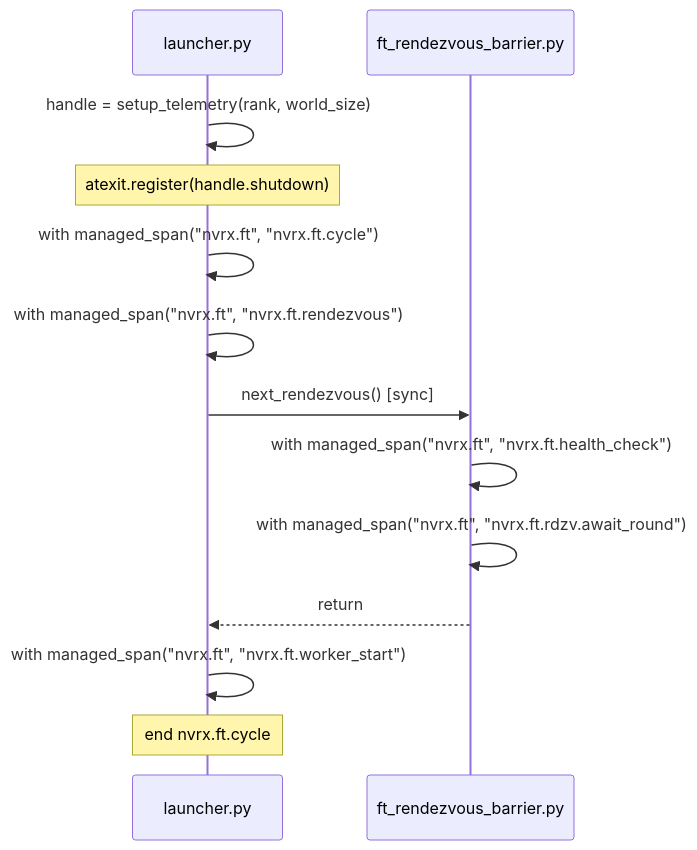
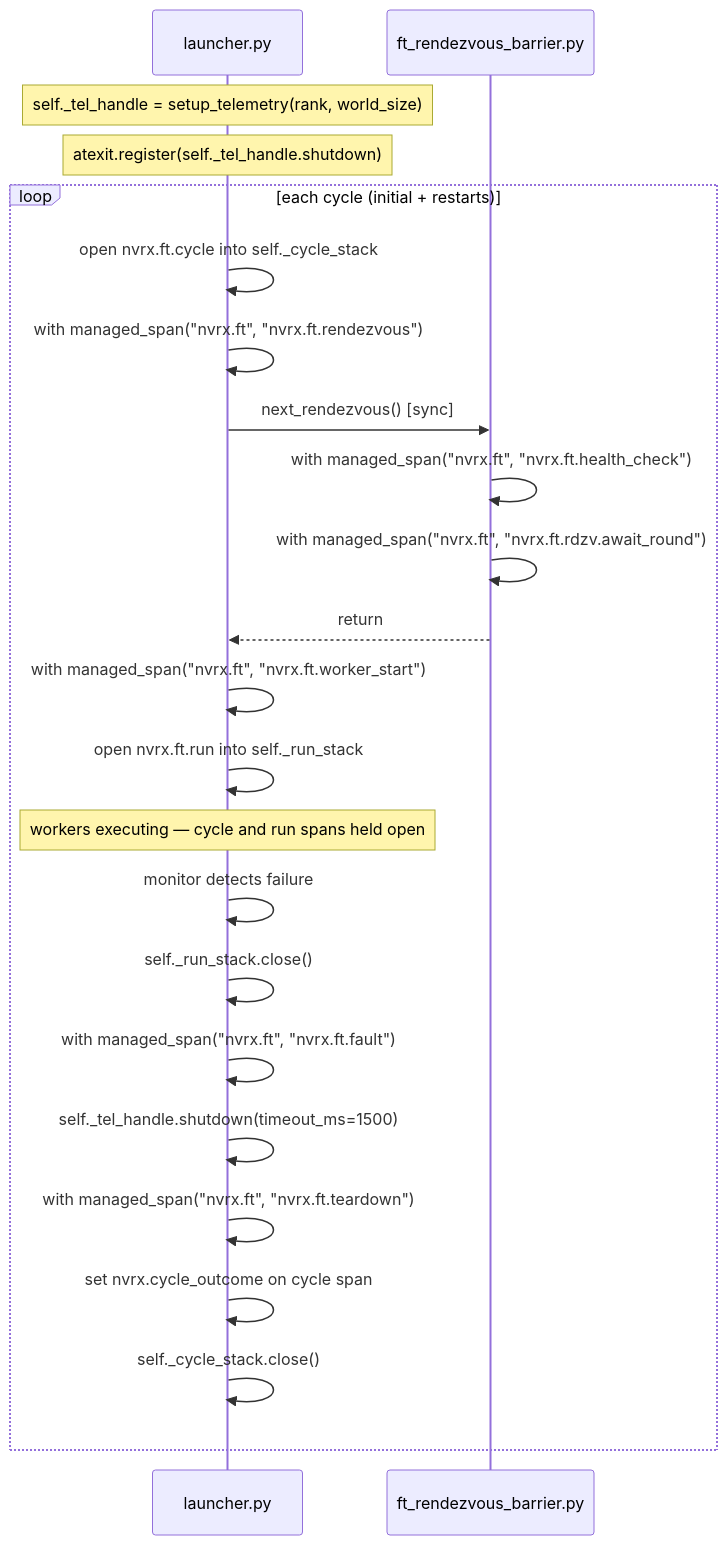
The third of 4 diagrams in docs/design/telemetry/NEMO_LENS.md (NVIDIA/nvidia-resiliency-ext), drawn with Mermaid before and after one commit. The commit also changed other lines of this file, not shown here.

First line of the commit message:
docs/design: update nemo-lens telemetry design

````diff
--- a/docs/design/telemetry/NEMO_LENS.md
+++ b/docs/design/telemetry/NEMO_LENS.md
@@ -97,16 +144,27 @@
 ```mermaid
 sequenceDiagram
     participant L as launcher.py
     participant R as ft_rendezvous_barrier.py
 
-    L->>L: handle = setup_telemetry(rank, world_size)
-    Note over L: atexit.register(handle.shutdown)
-    L->>L: with managed_span("nvrx.ft", "nvrx.ft.cycle")
-    L->>L: with managed_span("nvrx.ft", "nvrx.ft.rendezvous")
-    L->>R: next_rendezvous() [sync]
-    R->>R: with managed_span("nvrx.ft", "nvrx.ft.health_check")
-    R->>R: with managed_span("nvrx.ft", "nvrx.ft.rdzv.await_round")
-    R-->>L: return
-    L->>L: with managed_span("nvrx.ft", "nvrx.ft.worker_start")
-    Note over L: end nvrx.ft.cycle
+    Note over L: self._tel_handle = setup_telemetry(rank, world_size)
+    Note over L: atexit.register(self._tel_handle.shutdown)
+
+    loop each cycle (initial + restarts)
+        L->>L: open nvrx.ft.cycle into self._cycle_stack
+        L->>L: with managed_span("nvrx.ft", "nvrx.ft.rendezvous")
+        L->>R: next_rendezvous() [sync]
+        R->>R: with managed_span("nvrx.ft", "nvrx.ft.health_check")
+        R->>R: with managed_span("nvrx.ft", "nvrx.ft.rdzv.await_round")
+        R-->>L: return
+        L->>L: with managed_span("nvrx.ft", "nvrx.ft.worker_start")
+        L->>L: open nvrx.ft.run into self._run_stack
+        Note over L: workers executing — cycle and run spans held open
+        L->>L: monitor detects failure
+        L->>L: self._run_stack.close()
+        L->>L: with managed_span("nvrx.ft", "nvrx.ft.fault")
+        L->>L: self._tel_handle.shutdown(timeout_ms=1500)
+        L->>L: with managed_span("nvrx.ft", "nvrx.ft.teardown")
+        L->>L: set nvrx.cycle_outcome on cycle span
+        L->>L: self._cycle_stack.close()
+    end
 ```
````
